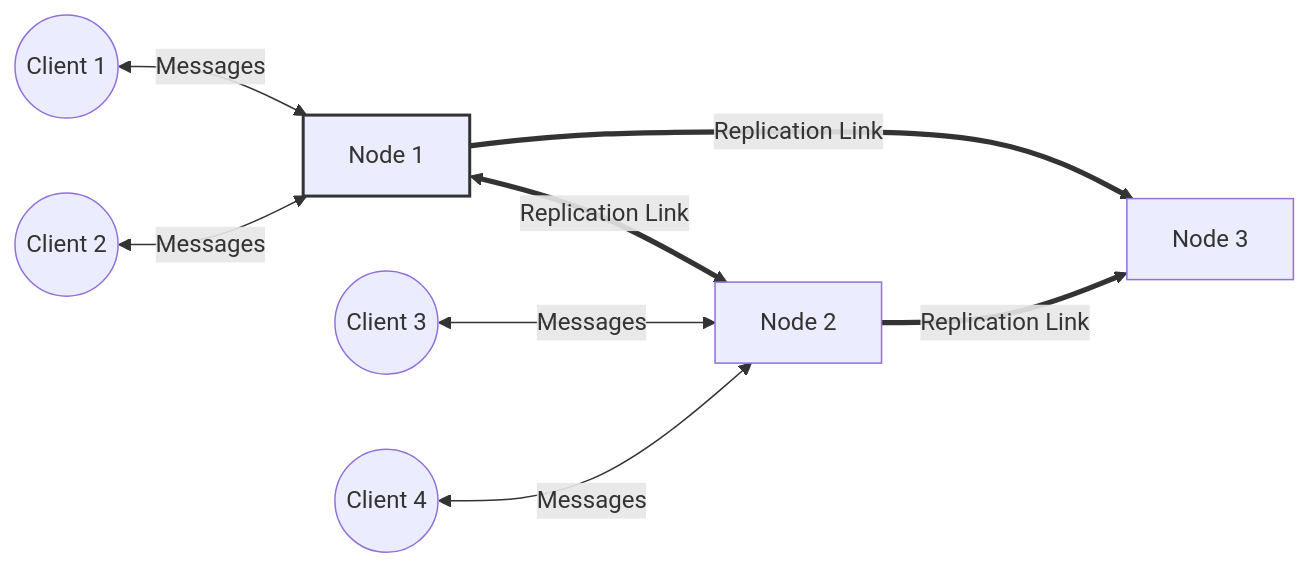
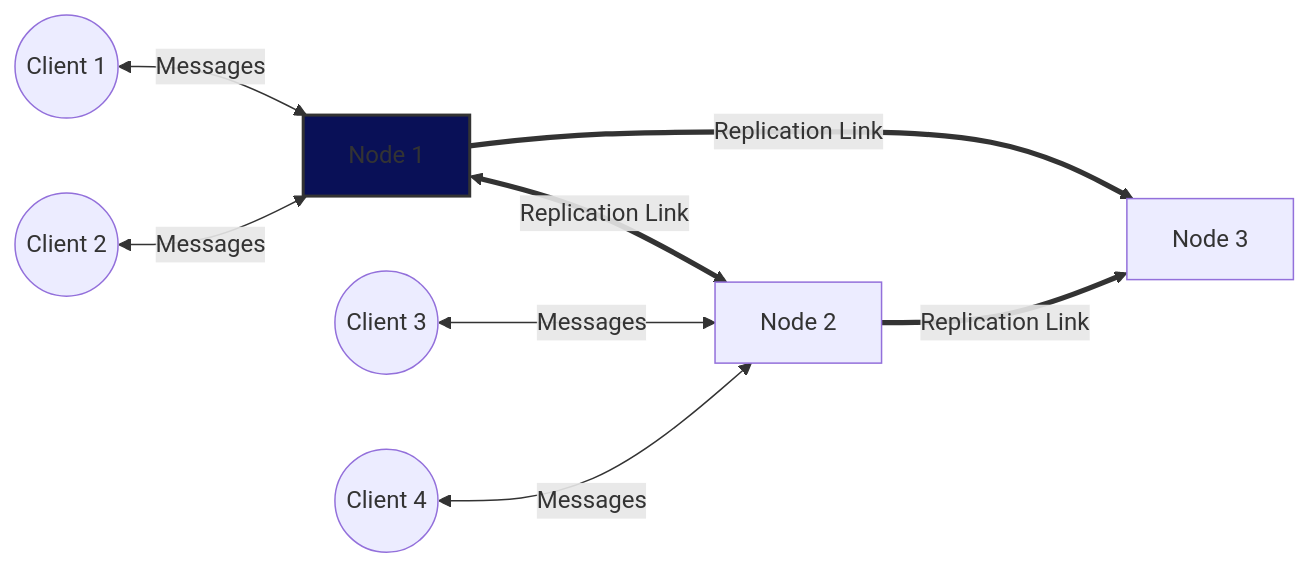
Before and after one commit to niklas-enns/message-broker: the first of 2 diagrams in README.md, drawn with Mermaid.

Commit message:
reformat table

````diff
--- a/README.md
+++ b/README.md
@@ -11,14 +11,14 @@
 ```mermaid
 graph LR;
     N1[Node 1]<==>|Replication Link|N2[Node 2]
     N1[Node 1]==>|Replication Link|N3[Node 3]
     N2==>|Replication Link|N3
     C1((Client 1))<-->|Messages|N1;
     C2((Client 2))<-->|Messages|N1;
     C3((Client 3))<-->|Messages|N2;
     C4((Client 4))<-->|Messages|N2;
     N3[Node 3]
     
-    classDef green fill:091057,stroke:#333,stroke-width:2px;
+    classDef green fill:#091057,stroke:#333,stroke-width:2px;
     class N1 green
 ```
````
